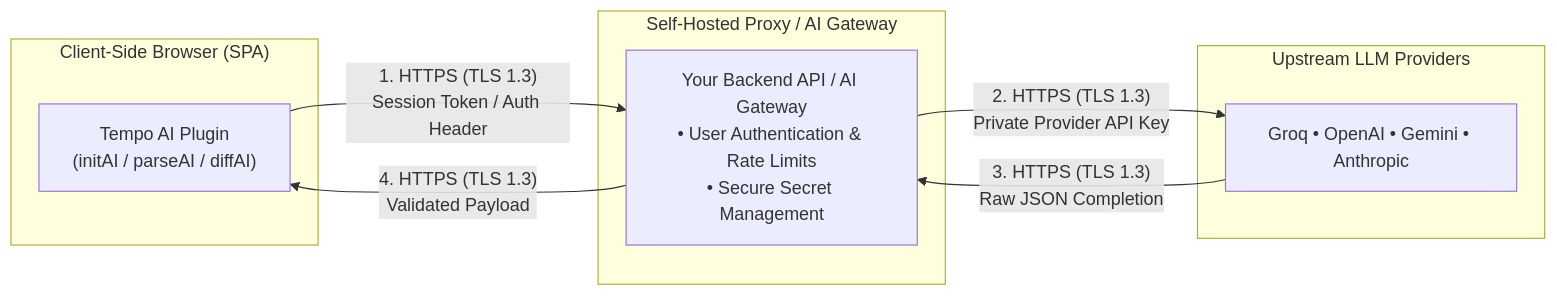
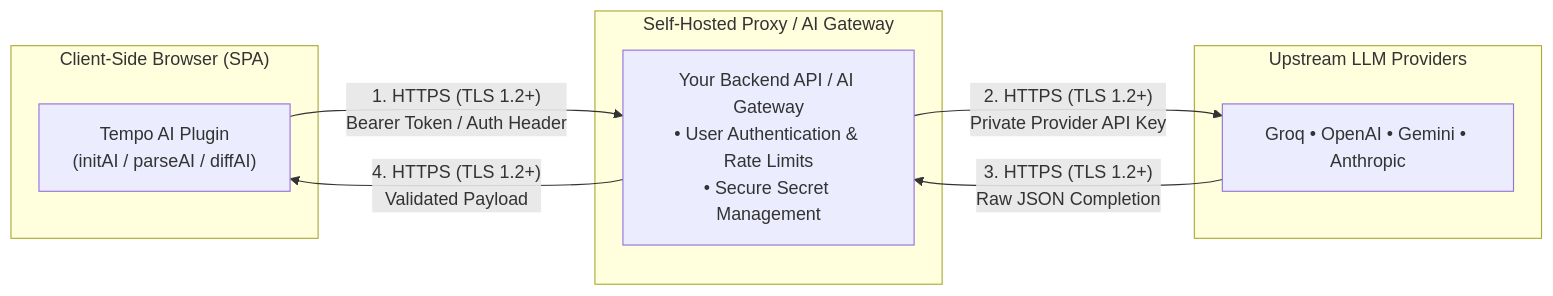
The diagram in packages/plugins/ai/doc/architecture.md (magmacomputing/magma), drawn with Mermaid before and after one commit. The commit also changed other lines of this file and 8 other files, not shown here.

````diff
--- a/packages/plugins/ai/doc/architecture.md
+++ b/packages/plugins/ai/doc/architecture.md
@@ -84,19 +84,19 @@
 ```mermaid
 flowchart LR
     subgraph Browser ["Client-Side Browser (SPA)"]
         Client["Tempo AI Plugin<br/>(initAI / parseAI / diffAI)"]
     end
 
     subgraph Backend ["Self-Hosted Proxy / AI Gateway"]
         Proxy["Your Backend API / AI Gateway<br/>• User Authentication & Rate Limits<br/>• Secure Secret Management"]
     end
 
     subgraph Providers ["Upstream LLM Providers"]
         LLM["Groq • OpenAI • Gemini • Anthropic"]
     end
 
-    Client -- "1. HTTPS (TLS 1.3)<br/>Session Token / Auth Header" --> Proxy
-    Proxy -- "2. HTTPS (TLS 1.3)<br/>Private Provider API Key" --> LLM
-    LLM -- "3. HTTPS (TLS 1.3)<br/>Raw JSON Completion" --> Proxy
-    Proxy -- "4. HTTPS (TLS 1.3)<br/>Validated Payload" --> Client
+    Client -- "1. HTTPS (TLS 1.2+)<br/>Bearer Token / Auth Header" --> Proxy
+    Proxy -- "2. HTTPS (TLS 1.2+)<br/>Private Provider API Key" --> LLM
+    LLM -- "3. HTTPS (TLS 1.2+)<br/>Raw JSON Completion" --> Proxy
+    Proxy -- "4. HTTPS (TLS 1.2+)<br/>Validated Payload" --> Client
 ```
````
